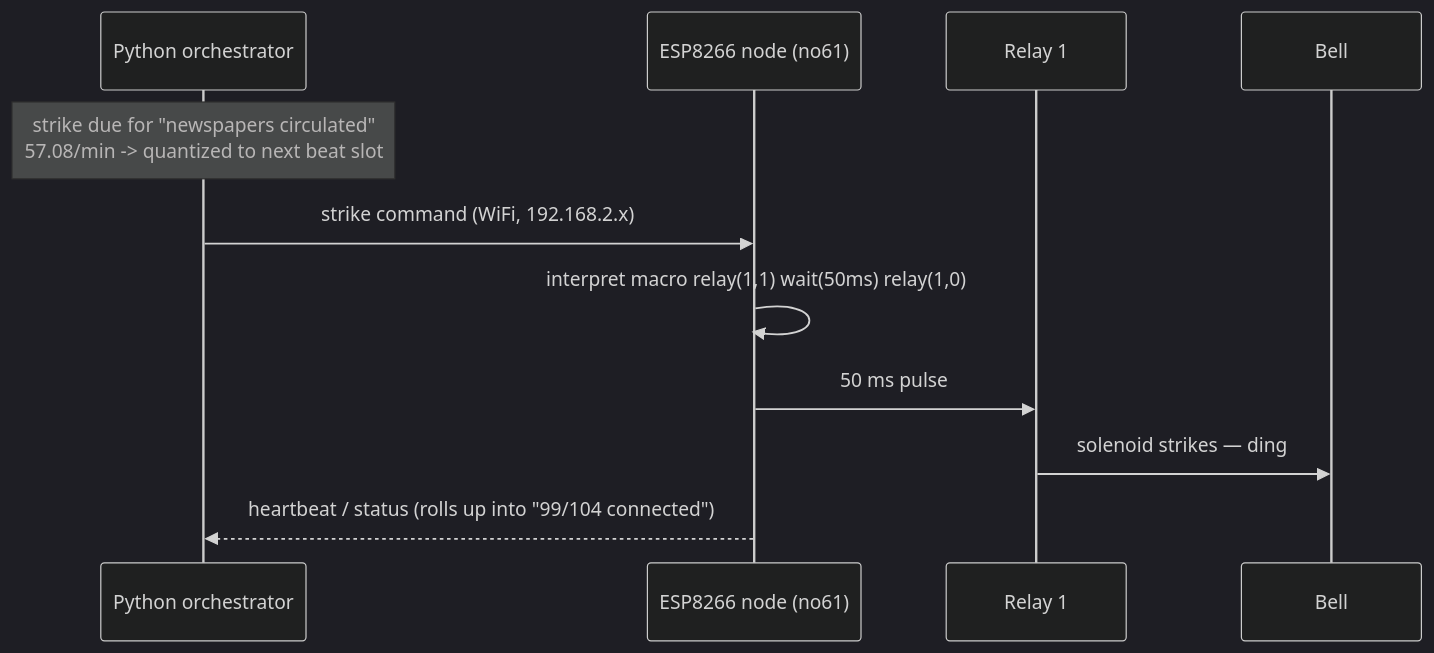
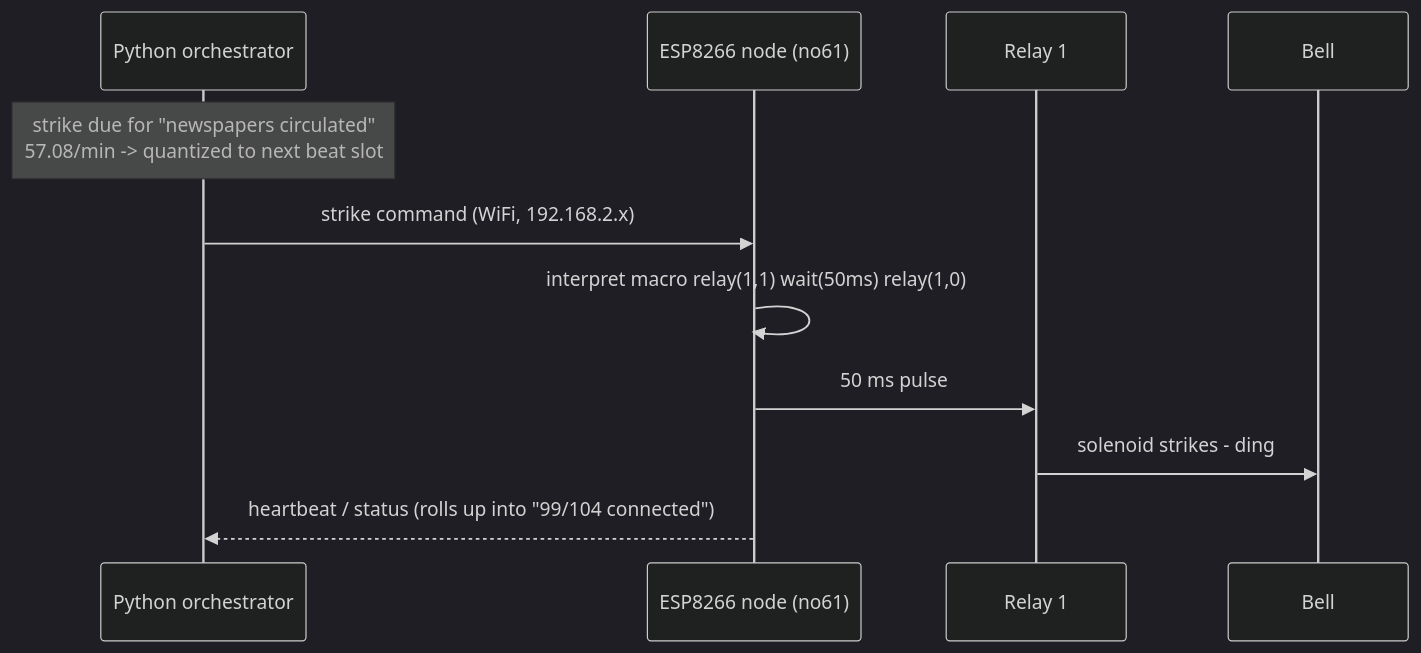
The second of 2 diagrams in _posts/2026-07-17-tail-f-dev-world-databells.md (dapiced/dapiced.github.io), drawn with Mermaid (dark theme) before and after one commit. The commit also changed other lines of this file and 15 other files, not shown here.

````diff
--- a/_posts/2026-07-17-tail-f-dev-world-databells.md
+++ b/_posts/2026-07-17-tail-f-dev-world-databells.md
@@ -183,13 +183,13 @@
 ```mermaid
 sequenceDiagram
     participant O as Python orchestrator
     participant N as ESP8266 node (no61)
     participant R as Relay 1
     participant C as Bell
     Note over O: strike due for "newspapers circulated"<br/>57.08/min -> quantized to next beat slot
     O->>N: strike command (WiFi, 192.168.2.x)
     N->>N: interpret macro relay(1,1) wait(50ms) relay(1,0)
     N->>R: 50 ms pulse
-    R->>C: solenoid strikes — ding
+    R->>C: solenoid strikes - ding
     N-->>O: heartbeat / status (rolls up into "99/104 connected")
 ```
````
